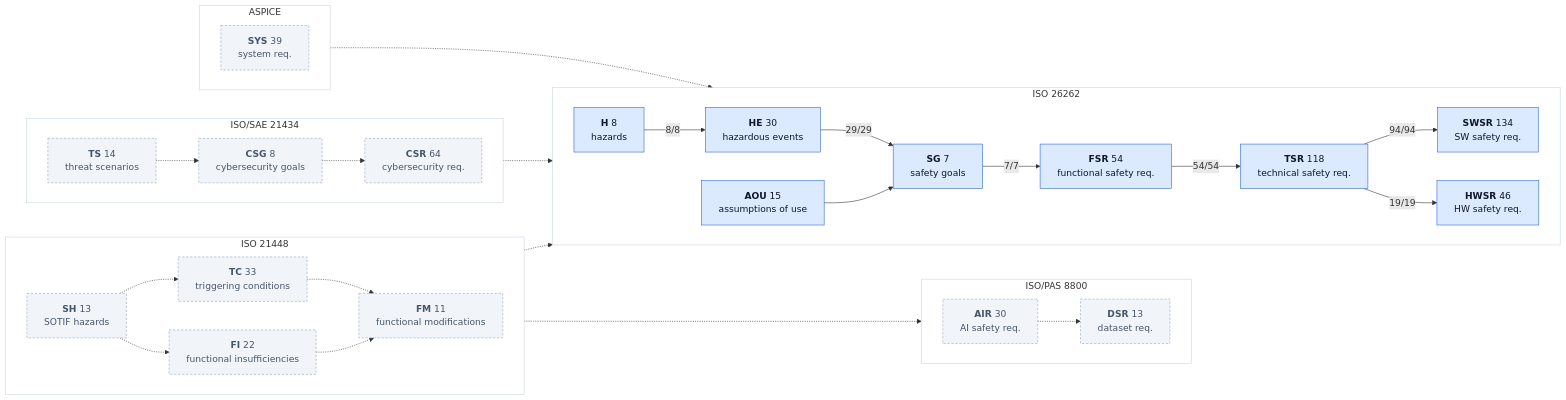
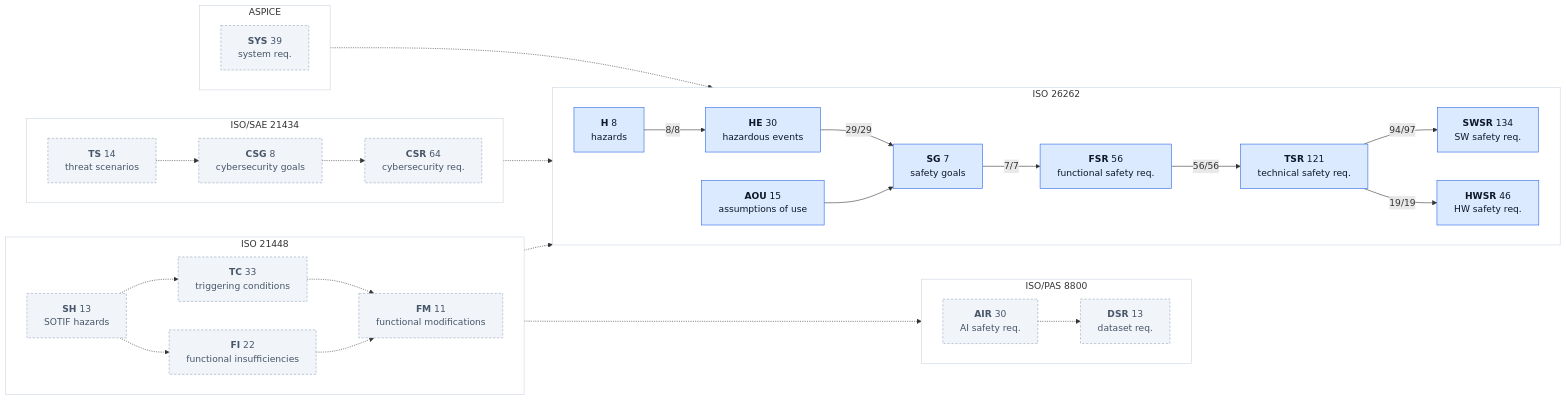
One commit to jherrodthomas/LionDriver changed the second of 2 diagrams in assurance/trace/maps/aspice-trace-map.md. Above: the diagram before and after it, drawn with Mermaid. The commit also changed other lines of this file and 42 other files, not shown here.

````diff
--- a/assurance/trace/maps/aspice-trace-map.md
+++ b/assurance/trace/maps/aspice-trace-map.md
@@ -188,61 +188,61 @@
 ```mermaid
 flowchart LR
   subgraph ISO26262["ISO 26262"]
     direction LR
     kH["<b>H</b> 8<br/>hazards"]:::traced
     kHE["<b>HE</b> 30<br/>hazardous events"]:::traced
     kSG["<b>SG</b> 7<br/>safety goals"]:::traced
-    kFSR["<b>FSR</b> 54<br/>functional safety req."]:::traced
-    kTSR["<b>TSR</b> 118<br/>technical safety req."]:::traced
+    kFSR["<b>FSR</b> 56<br/>functional safety req."]:::traced
+    kTSR["<b>TSR</b> 121<br/>technical safety req."]:::traced
     kSWSR["<b>SWSR</b> 134<br/>SW safety req."]:::traced
     kHWSR["<b>HWSR</b> 46<br/>HW safety req."]:::traced
     kAOU["<b>AOU</b> 15<br/>assumptions of use"]:::traced
   end
   style ISO26262 fill:#FFFFFF,stroke:#CBD5E1
   subgraph ISO21448["ISO 21448"]
     direction LR
     kSH["<b>SH</b> 13<br/>SOTIF hazards"]:::doc
     kTC["<b>TC</b> 33<br/>triggering conditions"]:::doc
     kFI["<b>FI</b> 22<br/>functional insufficiencies"]:::doc
     kFM["<b>FM</b> 11<br/>functional modifications"]:::doc
   end
   style ISO21448 fill:#FFFFFF,stroke:#CBD5E1
   subgraph ISOPAS8800["ISO/PAS 8800"]
     direction LR
     kAIR["<b>AIR</b> 30<br/>AI safety req."]:::doc
     kDSR["<b>DSR</b> 13<br/>dataset req."]:::doc
   end
   style ISOPAS8800 fill:#FFFFFF,stroke:#CBD5E1
   subgraph ISOSAE21434["ISO/SAE 21434"]
     direction LR
     kTS["<b>TS</b> 14<br/>threat scenarios"]:::doc
     kCSG["<b>CSG</b> 8<br/>cybersecurity goals"]:::doc
     kCSR["<b>CSR</b> 64<br/>cybersecurity req."]:::doc
   end
   style ISOSAE21434 fill:#FFFFFF,stroke:#CBD5E1
   subgraph ASPICE["ASPICE"]
     direction LR
     kSYS["<b>SYS</b> 39<br/>system req."]:::doc
   end
   style ASPICE fill:#FFFFFF,stroke:#CBD5E1
   kH -->|"8/8"| kHE
   kHE -->|"29/29"| kSG
   kSG -->|"7/7"| kFSR
-  kFSR -->|"54/54"| kTSR
-  kTSR -->|"94/94"| kSWSR
+  kFSR -->|"56/56"| kTSR
+  kTSR -->|"94/97"| kSWSR
   kTSR -->|"19/19"| kHWSR
   kAOU --> kSG
   kSH -.-> kTC
   kSH -.-> kFI
   kTC -.-> kFM
   kFI -.-> kFM
   kSH -.-> kHE
   kFI -.-> kAIR
   kAIR -.-> kDSR
   kTS -.-> kCSG
   kCSG -.-> kCSR
   kCSG -.-> kSG
   kSYS -.-> kTSR
   classDef traced fill:#DBEAFE,stroke:#2563EB,color:#0F172A
   classDef doc fill:#F1F5F9,stroke:#94A3B8,stroke-dasharray:4 3,color:#475569
 ```
````
